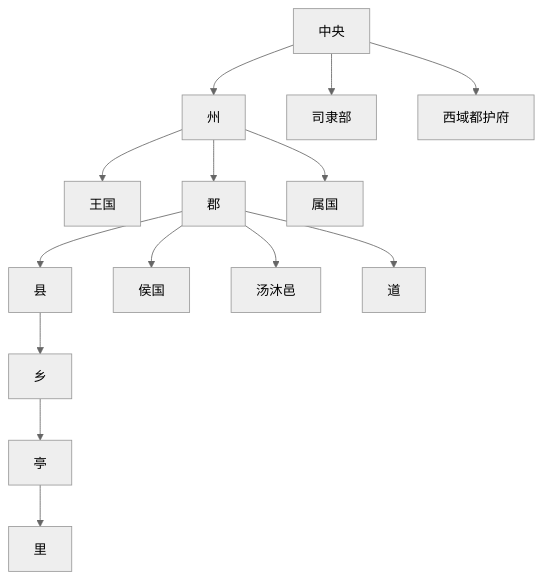
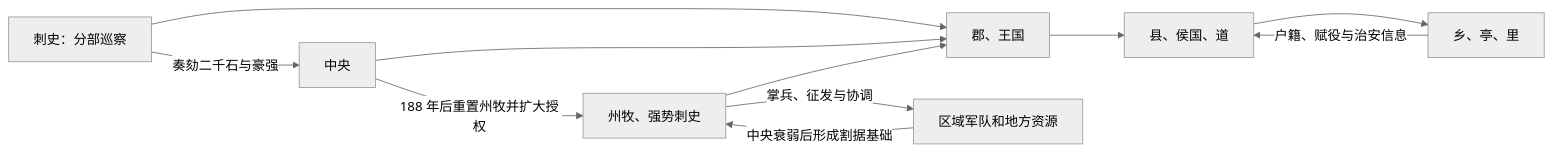
One commit to tianlan-dev/learning-notes changed the diagram in 人文科学/历史/东亚/中国/_制度/地方行政区划/历代地方区划/东汉.md. Above: the diagram before and after it, drawn with Mermaid (neutral theme). The commit also changed other lines of this file and 1417 other files, not shown here.

````diff
--- a/人文科学/历史/东亚/中国/_制度/地方行政区划/历代地方区划/东汉.md
+++ b/人文科学/历史/东亚/中国/_制度/地方行政区划/历代地方区划/东汉.md
@@ -25,16 +24,13 @@
 ```mermaid
-flowchart TD
-    A["中央"] --> B["州"]
-    A --> S["司隶部"]
-    A --> X["西域都护府"]
-    B --> C["王国"]
-    B --> D["郡"]
-    B --> E["属国"]
-    D --> F["县"]
-    D --> G["侯国"]
-    D --> H["汤沐邑"]
-    D --> I["道"]
-    F --> J["乡"]
-    J --> K["亭"]
-    K --> L["里"]
+flowchart LR
+    C["中央"] --> J["郡、王国"]
+    J --> X["县、侯国、道"]
+    X --> H["乡、亭、里"]
+    S["刺史：分部巡察"] --> J
+    S -->|奏劾二千石与豪强| C
+    C -->|188 年后重置州牧并扩大授权| M["州牧、强势刺史"]
+    M --> J
+    M -->|掌兵、征发与协调| A["区域军队和地方资源"]
+    A -->|中央衰弱后形成割据基础| M
+    H -->|户籍、赋役与治安信息| X
 ```
````
